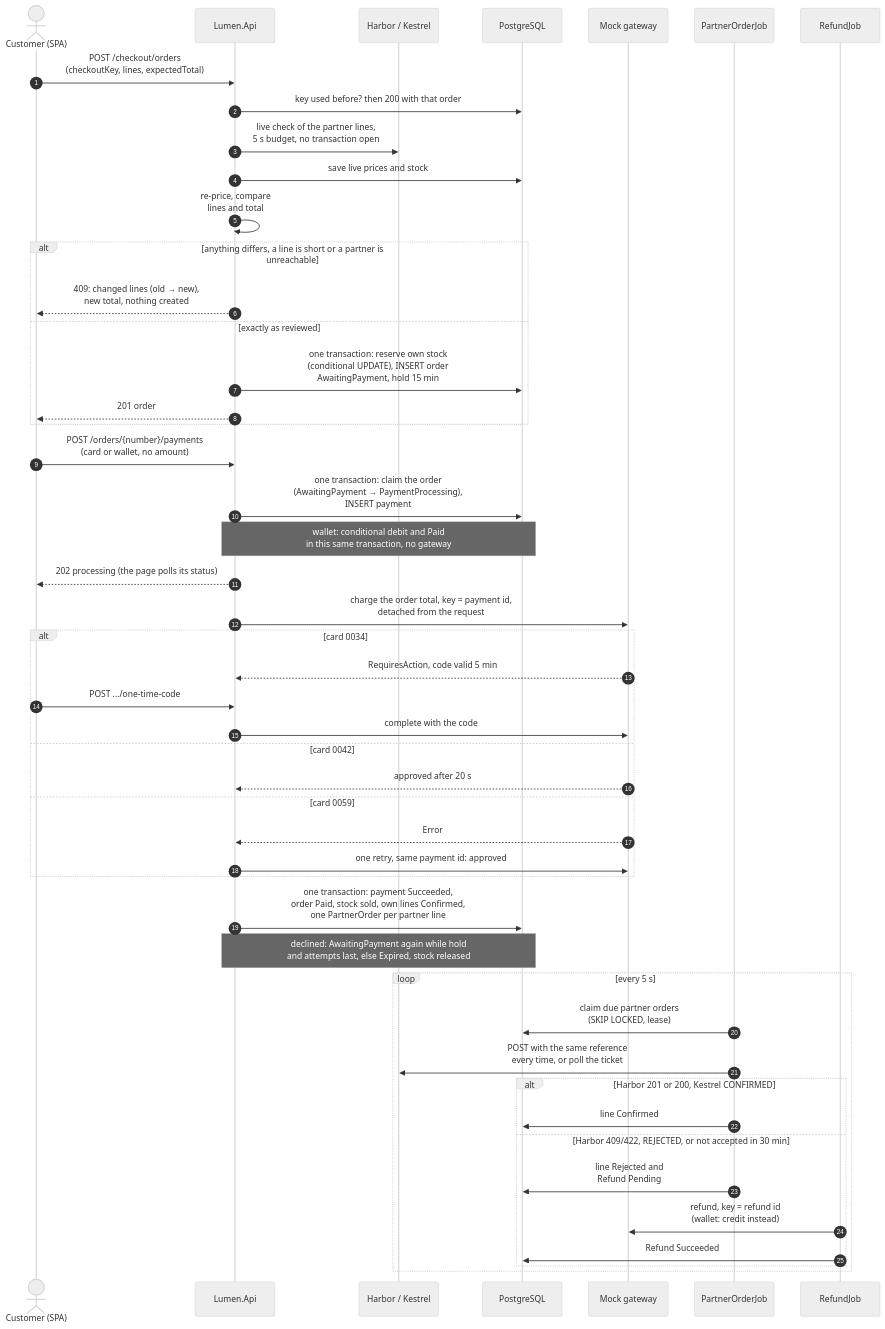
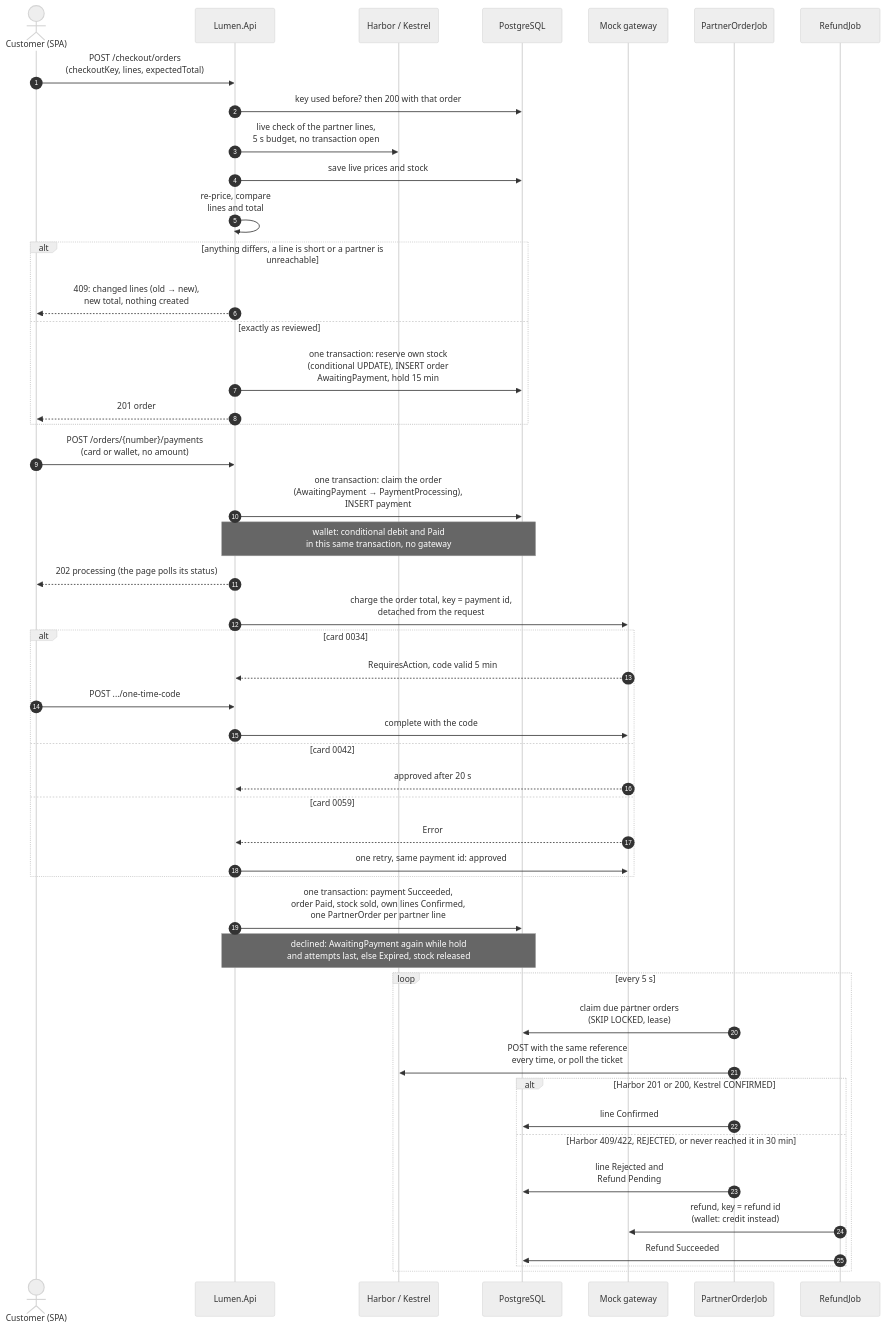
The third of 4 diagrams in DESIGN.md (popiazaza/lumen-goods), drawn with Mermaid (neutral theme) before and after one commit. The commit also changed other lines of this file, not shown here.

Commit message:
docs(design): link the lifecycle diagrams instead of copying them; unknown partner outcomes go to an admin

````diff
--- a/DESIGN.md
+++ b/DESIGN.md
@@ -123,50 +123,50 @@
 ```mermaid
 sequenceDiagram
     autonumber
     actor C as Customer (SPA)
     participant API as Lumen.Api
     participant P as Harbor / Kestrel
     participant DB as PostgreSQL
     participant G as Mock gateway
     participant OJ as PartnerOrderJob
     participant RJ as RefundJob
     C->>API: POST /checkout/orders<br/>(checkoutKey, lines, expectedTotal)
     API->>DB: key used before? then 200 with that order
     API->>P: live check of the partner lines,<br/>5 s budget, no transaction open
     API->>DB: save live prices and stock
     API->>API: re-price, compare<br/>lines and total
     alt anything differs, a line is short or a partner is unreachable
         API-->>C: 409: changed lines (old → new),<br/>new total, nothing created
     else exactly as reviewed
         API->>DB: one transaction: reserve own stock<br/>(conditional UPDATE), INSERT order<br/>AwaitingPayment, hold 15 min
         API-->>C: 201 order
     end
     C->>API: POST /orders/{number}/payments<br/>(card or wallet, no amount)
     API->>DB: one transaction: claim the order<br/>(AwaitingPayment → PaymentProcessing),<br/>INSERT payment
     Note over API,DB: wallet: conditional debit and Paid<br/>in this same transaction, no gateway
     API-->>C: 202 processing (the page polls its status)
     API->>G: charge the order total, key = payment id,<br/>detached from the request
     alt card 0034
         G-->>API: RequiresAction, code valid 5 min
         C->>API: POST .../one-time-code
         API->>G: complete with the code
     else card 0042
         G-->>API: approved after 20 s
     else card 0059
         G-->>API: Error
         API->>G: one retry, same payment id: approved
     end
     API->>DB: one transaction: payment Succeeded,<br/>order Paid, stock sold, own lines Confirmed,<br/>one PartnerOrder per partner line
     Note over API,DB: declined: AwaitingPayment again while hold<br/>and attempts last, else Expired, stock released
     loop every 5 s
         OJ->>DB: claim due partner orders<br/>(SKIP LOCKED, lease)
         OJ->>P: POST with the same reference<br/>every time, or poll the ticket
         alt Harbor 201 or 200, Kestrel CONFIRMED
             OJ->>DB: line Confirmed
-        else Harbor 409/422, REJECTED, or not accepted in 30 min
+        else Harbor 409/422, REJECTED, or never reached it in 30 min
             OJ->>DB: line Rejected and<br/>Refund Pending
             RJ->>G: refund, key = refund id<br/>(wallet: credit instead)
             RJ->>DB: Refund Succeeded
         end
     end
 ```
````
